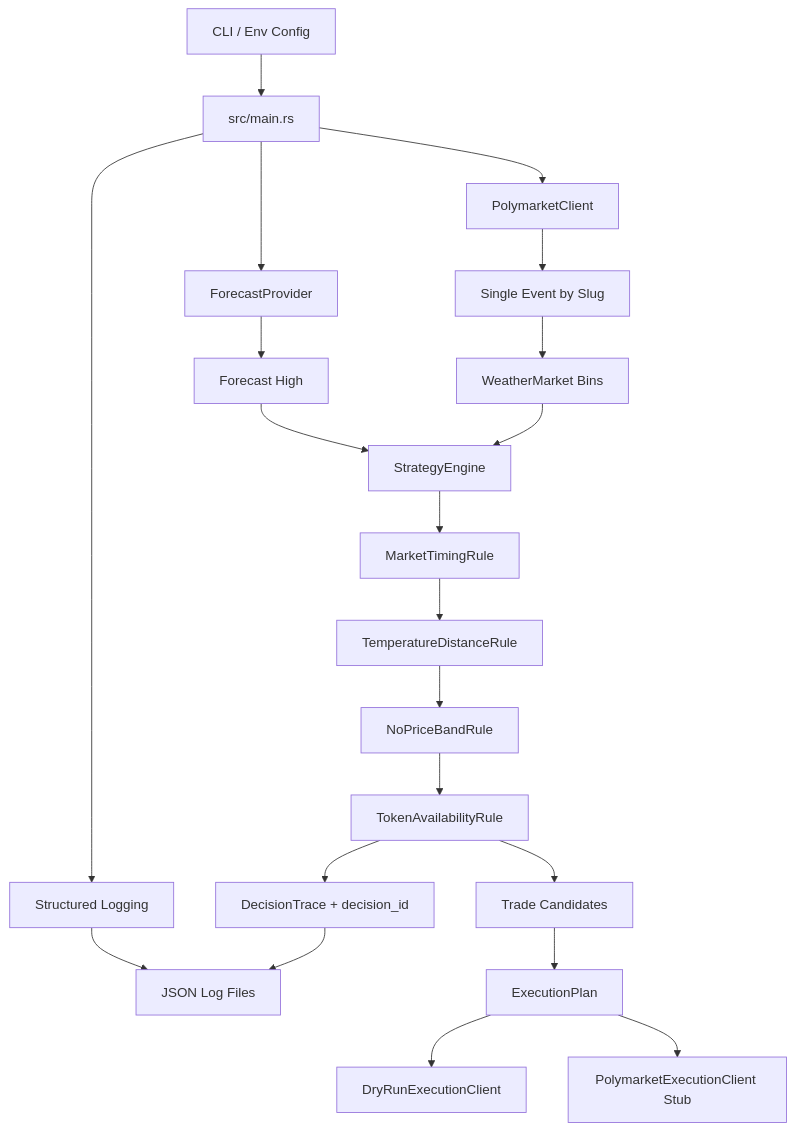
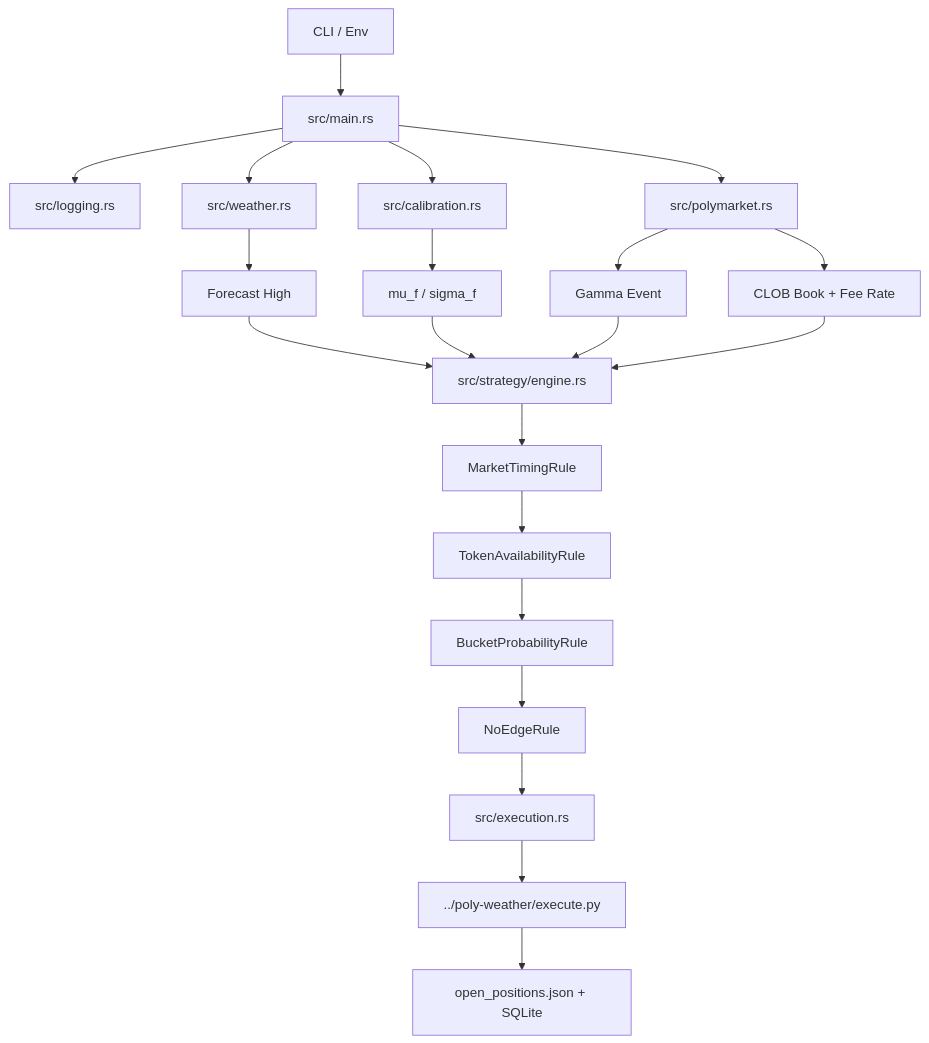
Before and after one commit to kangyining/poly: the diagram in README.md, drawn with Mermaid. The commit also changed other lines of this file and 12 other files, not shown here.

````diff
--- a/README.md
+++ b/README.md
@@ -20,28 +50,27 @@
 ```mermaid
 flowchart TD
-    CLI[CLI / Env Config] --> Main[src/main.rs]
-    Main --> Logging[Structured Logging]
-    Main --> Weather[ForecastProvider]
-    Main --> Poly[PolymarketClient]
+    CLI[CLI / Env] --> Main[src/main.rs]
+    Main --> Logging[src/logging.rs]
+    Main --> Calibration[src/calibration.rs]
+    Main --> Weather[src/weather.rs]
+    Main --> Poly[src/polymarket.rs]
 
     Weather --> Forecast[Forecast High]
-    Poly --> Event[Single Event by Slug]
-    Event --> Markets[WeatherMarket Bins]
+    Calibration --> Params[mu_f / sigma_f]
+    Poly --> Gamma[Gamma Event]
+    Poly --> CLOB[CLOB Book + Fee Rate]
 
-    Forecast --> Engine[StrategyEngine]
-    Markets --> Engine
+    Forecast --> Engine[src/strategy/engine.rs]
+    Params --> Engine
+    Gamma --> Engine
+    CLOB --> Engine
 
     Engine --> Timing[MarketTimingRule]
-    Timing --> Distance[TemperatureDistanceRule]
-    Distance --> Price[NoPriceBandRule]
-    Price --> Token[TokenAvailabilityRule]
+    Timing --> Token[TokenAvailabilityRule]
+    Token --> Prob[BucketProbabilityRule]
+    Prob --> Edge[NoEdgeRule]
 
-    Token --> Trace[DecisionTrace + decision_id]
-    Token --> Candidates[Trade Candidates]
-    Candidates --> Plan[ExecutionPlan]
-    Plan --> DryRun[DryRunExecutionClient]
-    Plan --> LiveStub[PolymarketExecutionClient Stub]
-
-    Logging --> LogFile[JSON Log Files]
-    Trace --> LogFile
+    Edge --> Plan[src/execution.rs]
+    Plan --> Bridge[../poly-weather/execute.py]
+    Bridge --> Positions[open_positions.json + SQLite]
 ```
````
